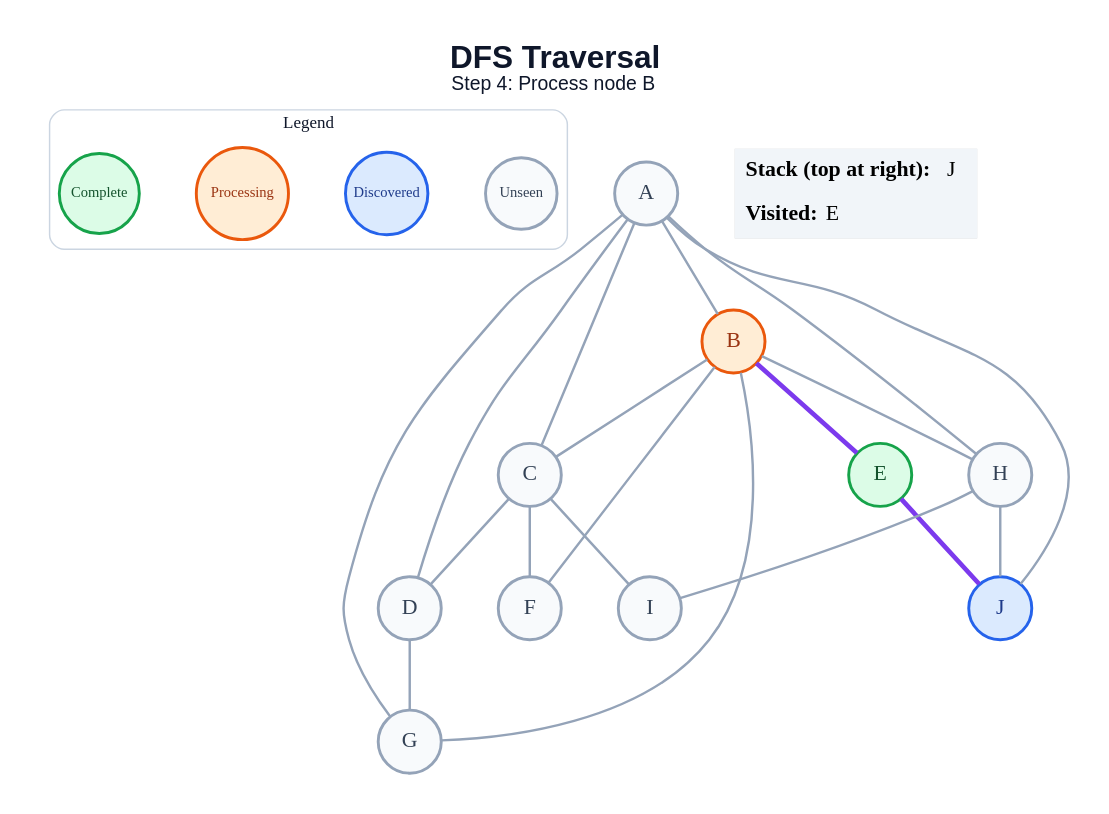
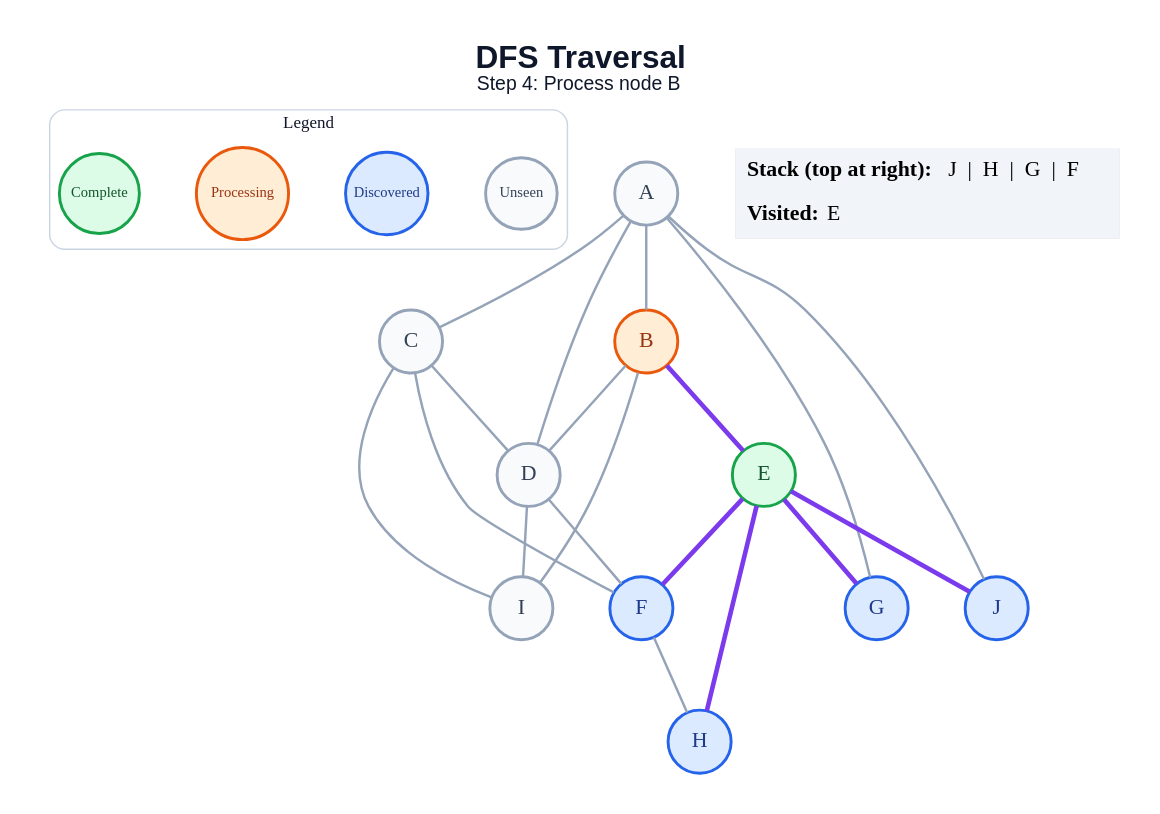
The diagram in generated/specific-node/dfs/step_04.dot (amanghodawala9/ai-slop), drawn with Graphviz before and after one commit. The commit also changed 178 other files, not shown here.

```diff
--- a/generated/specific-node/dfs/step_04.dot
+++ b/generated/specific-node/dfs/step_04.dot
@@ -1,47 +1,47 @@
 graph traversal {
   graph [layout=dot, rankdir=TB, bgcolor="#FFFFFF", pad="0.35", nodesep="0.65", ranksep="0.8", fontname="Arial"];
   node [shape=circle, style="filled", fontname="Arial Bold", fontsize=18, width=0.72, fixedsize=true, penwidth=2.4];
   edge [color="#94A3B8", penwidth=2.0];
   label=<<B>DFS Traversal</B><BR/><FONT POINT-SIZE="16">Step 4: Process node B</FONT>>; labelloc="t"; fontsize=26; fontname="Arial"; fontcolor="#0F172A";
   subgraph cluster_legend { label="Legend"; color="#CBD5E1"; penwidth=1.2; style="rounded"; fontsize=14; fontname="Arial Bold";
     key_unseen [label="Unseen", fillcolor="#F8FAFC", color="#94A3B8", fontcolor="#334155", fontsize=12, width=0.82];
     key_frontier [label="Discovered", fillcolor="#DBEAFE", color="#2563EB", fontcolor="#1E3A8A", fontsize=12, width=0.95];
     key_current [label="Processing", fillcolor="#FFEDD5", color="#EA580C", fontcolor="#9A3412", fontsize=12, width=1.05];
     key_done [label="Complete", fillcolor="#DCFCE7", color="#16A34A", fontcolor="#14532D", fontsize=12, width=0.92];
     { rank=same; key_unseen; key_frontier; key_current; key_done; }
   }
   A [fillcolor="#F8FAFC", color="#94A3B8", fontcolor="#334155"];
   B [fillcolor="#FFEDD5", color="#EA580C", fontcolor="#9A3412"];
   C [fillcolor="#F8FAFC", color="#94A3B8", fontcolor="#334155"];
   D [fillcolor="#F8FAFC", color="#94A3B8", fontcolor="#334155"];
   E [fillcolor="#DCFCE7", color="#16A34A", fontcolor="#14532D"];
-  F [fillcolor="#F8FAFC", color="#94A3B8", fontcolor="#334155"];
-  G [fillcolor="#F8FAFC", color="#94A3B8", fontcolor="#334155"];
-  H [fillcolor="#F8FAFC", color="#94A3B8", fontcolor="#334155"];
+  F [fillcolor="#DBEAFE", color="#2563EB", fontcolor="#1E3A8A"];
+  G [fillcolor="#DBEAFE", color="#2563EB", fontcolor="#1E3A8A"];
+  H [fillcolor="#DBEAFE", color="#2563EB", fontcolor="#1E3A8A"];
   I [fillcolor="#F8FAFC", color="#94A3B8", fontcolor="#334155"];
   J [fillcolor="#DBEAFE", color="#2563EB", fontcolor="#1E3A8A"];
   A -- B;
   A -- C;
   A -- D;
   A -- G;
-  A -- H;
   A -- J;
-  B -- C;
+  B -- D;
   B -- E [color="#7C3AED", penwidth=3.8];
-  B -- F;
-  B -- G;
-  B -- H;
+  B -- I;
   C -- D;
   C -- F;
   C -- I;
-  D -- G;
+  D -- F;
+  D -- I;
+  E -- F [color="#7C3AED", penwidth=3.8];
+  E -- G [color="#7C3AED", penwidth=3.8];
+  E -- H [color="#7C3AED", penwidth=3.8];
   E -- J [color="#7C3AED", penwidth=3.8];
-  H -- I;
-  H -- J;
+  F -- H;
   status [shape=plain, fixedsize=false, width=0, height=0, margin=0, label=<
     <TABLE BORDER="0" CELLBORDER="0" CELLPADDING="7" BGCOLOR="#F1F5F9">
-      <TR><TD ALIGN="LEFT"><B>Stack (top at right):</B> J</TD></TR>
+      <TR><TD ALIGN="LEFT"><B>Stack (top at right):</B> J  |  H  |  G  |  F</TD></TR>
       <TR><TD ALIGN="LEFT"><B>Visited:</B> E</TD></TR>
     </TABLE>
   >];
 }
```
